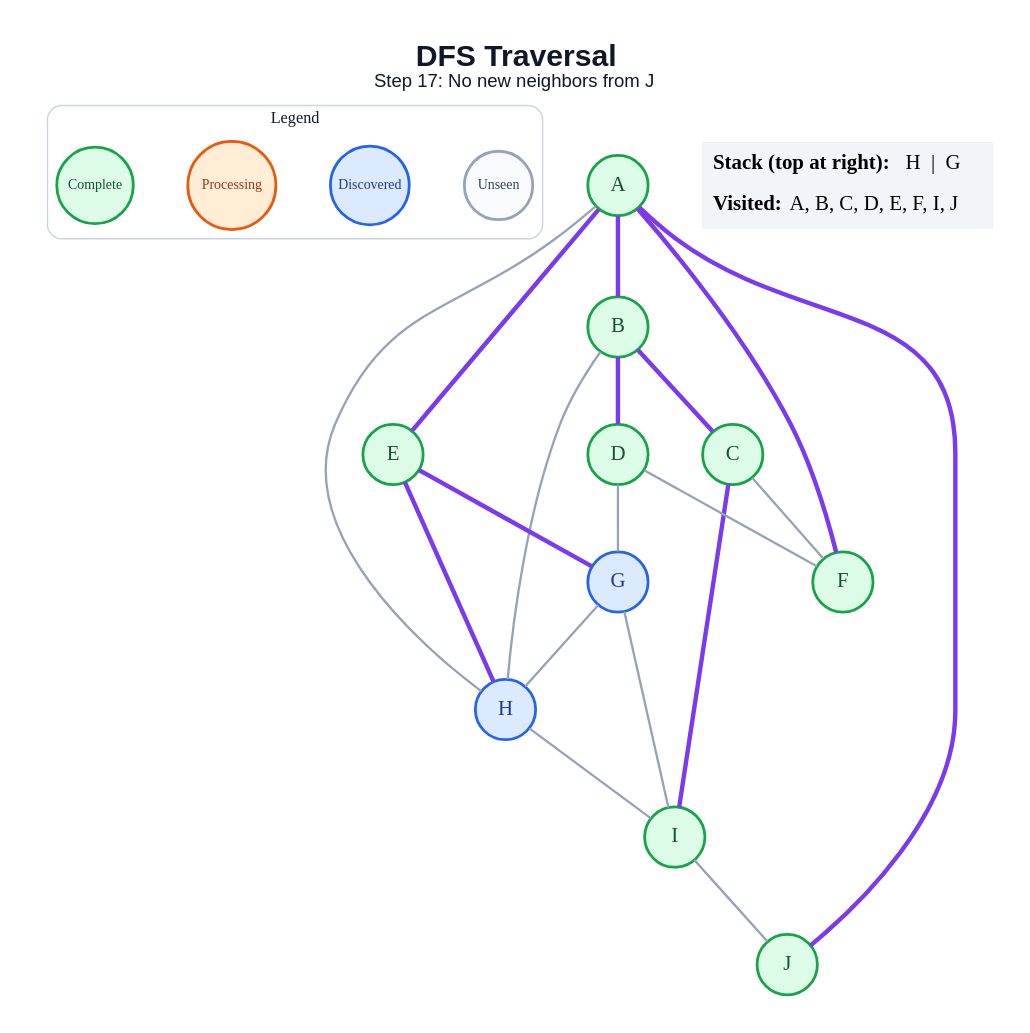
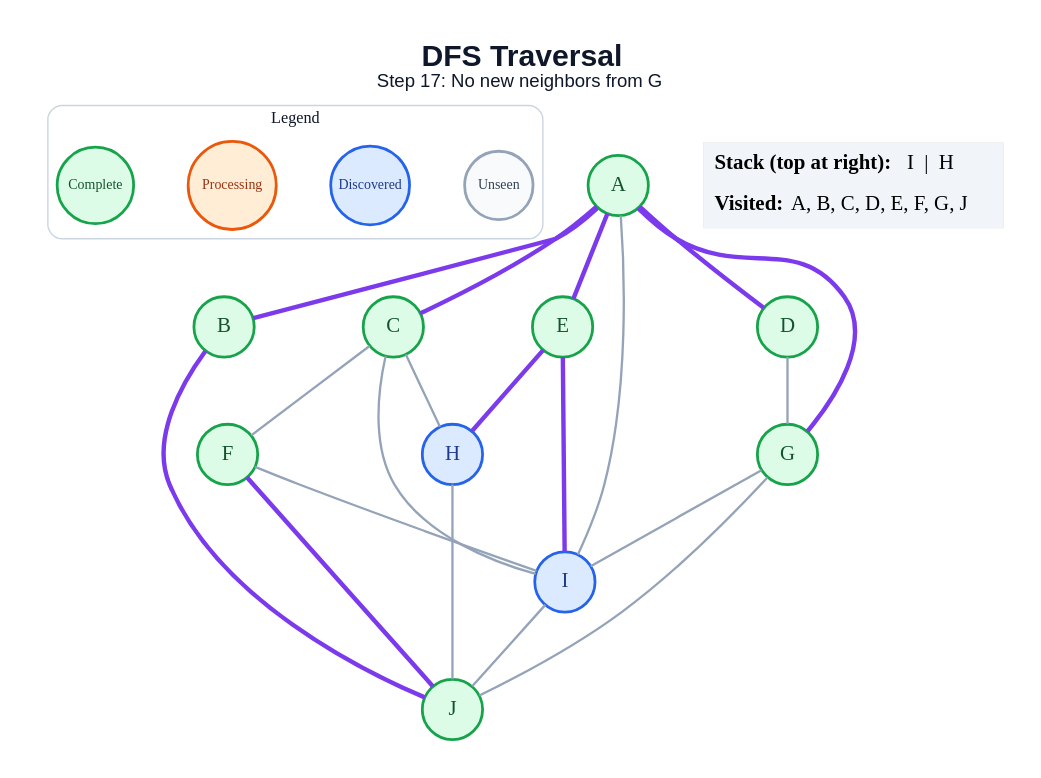
The diagram in generated/specific-node/dfs/step_17.dot (anon7238593-create/ai-slop), drawn with Graphviz before and after one commit. The commit also changed 179 other files, not shown here.

```diff
--- a/generated/specific-node/dfs/step_17.dot
+++ b/generated/specific-node/dfs/step_17.dot
@@ -1,47 +1,48 @@
 graph traversal {
   graph [layout=dot, rankdir=TB, bgcolor="#FFFFFF", pad="0.35", nodesep="0.65", ranksep="0.8", fontname="Arial"];
   node [shape=circle, style="filled", fontname="Arial Bold", fontsize=18, width=0.72, fixedsize=true, penwidth=2.4];
   edge [color="#94A3B8", penwidth=2.0];
-  label=<<B>DFS Traversal</B><BR/><FONT POINT-SIZE="16">Step 17: No new neighbors from J</FONT>>; labelloc="t"; fontsize=26; fontname="Arial"; fontcolor="#0F172A";
+  label=<<B>DFS Traversal</B><BR/><FONT POINT-SIZE="16">Step 17: No new neighbors from G</FONT>>; labelloc="t"; fontsize=26; fontname="Arial"; fontcolor="#0F172A";
   subgraph cluster_legend { label="Legend"; color="#CBD5E1"; penwidth=1.2; style="rounded"; fontsize=14; fontname="Arial Bold";
     key_unseen [label="Unseen", fillcolor="#F8FAFC", color="#94A3B8", fontcolor="#334155", fontsize=12, width=0.82];
     key_frontier [label="Discovered", fillcolor="#DBEAFE", color="#2563EB", fontcolor="#1E3A8A", fontsize=12, width=0.95];
     key_current [label="Processing", fillcolor="#FFEDD5", color="#EA580C", fontcolor="#9A3412", fontsize=12, width=1.05];
     key_done [label="Complete", fillcolor="#DCFCE7", color="#16A34A", fontcolor="#14532D", fontsize=12, width=0.92];
     { rank=same; key_unseen; key_frontier; key_current; key_done; }
   }
   A [fillcolor="#DCFCE7", color="#16A34A", fontcolor="#14532D"];
   B [fillcolor="#DCFCE7", color="#16A34A", fontcolor="#14532D"];
   C [fillcolor="#DCFCE7", color="#16A34A", fontcolor="#14532D"];
   D [fillcolor="#DCFCE7", color="#16A34A", fontcolor="#14532D"];
   E [fillcolor="#DCFCE7", color="#16A34A", fontcolor="#14532D"];
   F [fillcolor="#DCFCE7", color="#16A34A", fontcolor="#14532D"];
-  G [fillcolor="#DBEAFE", color="#2563EB", fontcolor="#1E3A8A"];
+  G [fillcolor="#DCFCE7", color="#16A34A", fontcolor="#14532D"];
   H [fillcolor="#DBEAFE", color="#2563EB", fontcolor="#1E3A8A"];
-  I [fillcolor="#DCFCE7", color="#16A34A", fontcolor="#14532D"];
+  I [fillcolor="#DBEAFE", color="#2563EB", fontcolor="#1E3A8A"];
   J [fillcolor="#DCFCE7", color="#16A34A", fontcolor="#14532D"];
   A -- B [color="#7C3AED", penwidth=3.8];
+  A -- C [color="#7C3AED", penwidth=3.8];
+  A -- D [color="#7C3AED", penwidth=3.8];
   A -- E [color="#7C3AED", penwidth=3.8];
-  A -- F [color="#7C3AED", penwidth=3.8];
-  A -- H;
-  A -- J [color="#7C3AED", penwidth=3.8];
-  B -- C [color="#7C3AED", penwidth=3.8];
-  B -- D [color="#7C3AED", penwidth=3.8];
-  B -- H;
+  A -- G [color="#7C3AED", penwidth=3.8];
+  A -- I;
+  B -- J [color="#7C3AED", penwidth=3.8];
   C -- F;
-  C -- I [color="#7C3AED", penwidth=3.8];
-  D -- F;
+  C -- H;
+  C -- I;
   D -- G;
-  E -- G [color="#7C3AED", penwidth=3.8];
   E -- H [color="#7C3AED", penwidth=3.8];
-  G -- H;
+  E -- I [color="#7C3AED", penwidth=3.8];
+  F -- I;
+  F -- J [color="#7C3AED", penwidth=3.8];
   G -- I;
-  H -- I;
+  G -- J;
+  H -- J;
   I -- J;
   status [shape=plain, fixedsize=false, width=0, height=0, margin=0, label=<
     <TABLE BORDER="0" CELLBORDER="0" CELLPADDING="7" BGCOLOR="#F1F5F9">
-      <TR><TD ALIGN="LEFT"><B>Stack (top at right):</B> H  |  G</TD></TR>
-      <TR><TD ALIGN="LEFT"><B>Visited:</B> A, B, C, D, E, F, I, J</TD></TR>
+      <TR><TD ALIGN="LEFT"><B>Stack (top at right):</B> I  |  H</TD></TR>
+      <TR><TD ALIGN="LEFT"><B>Visited:</B> A, B, C, D, E, F, G, J</TD></TR>
     </TABLE>
   >];
 }
```
